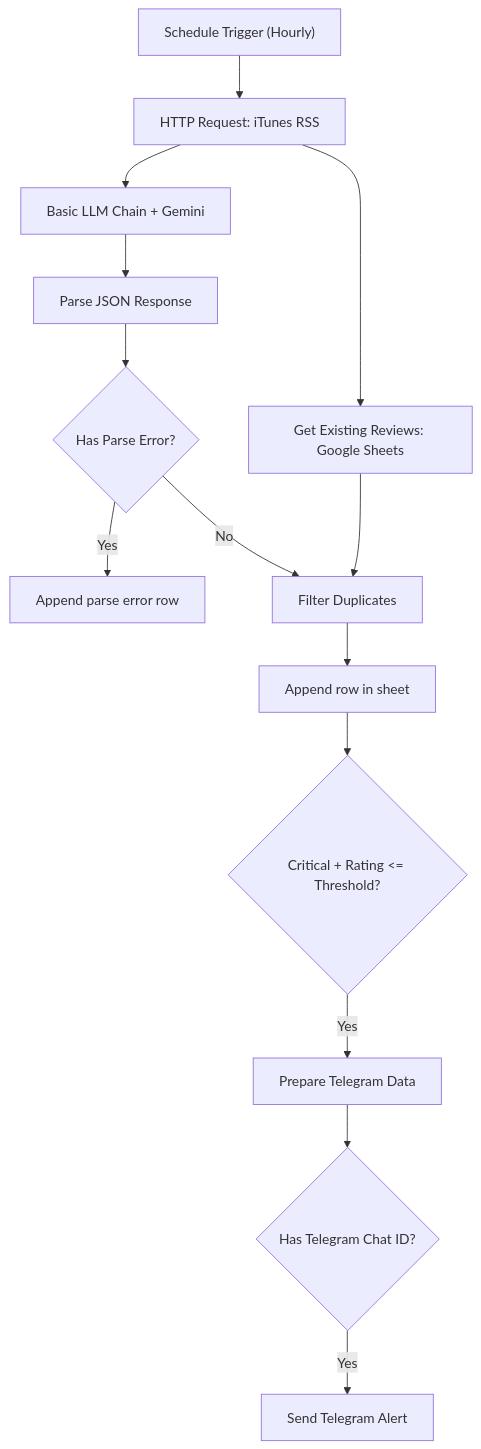
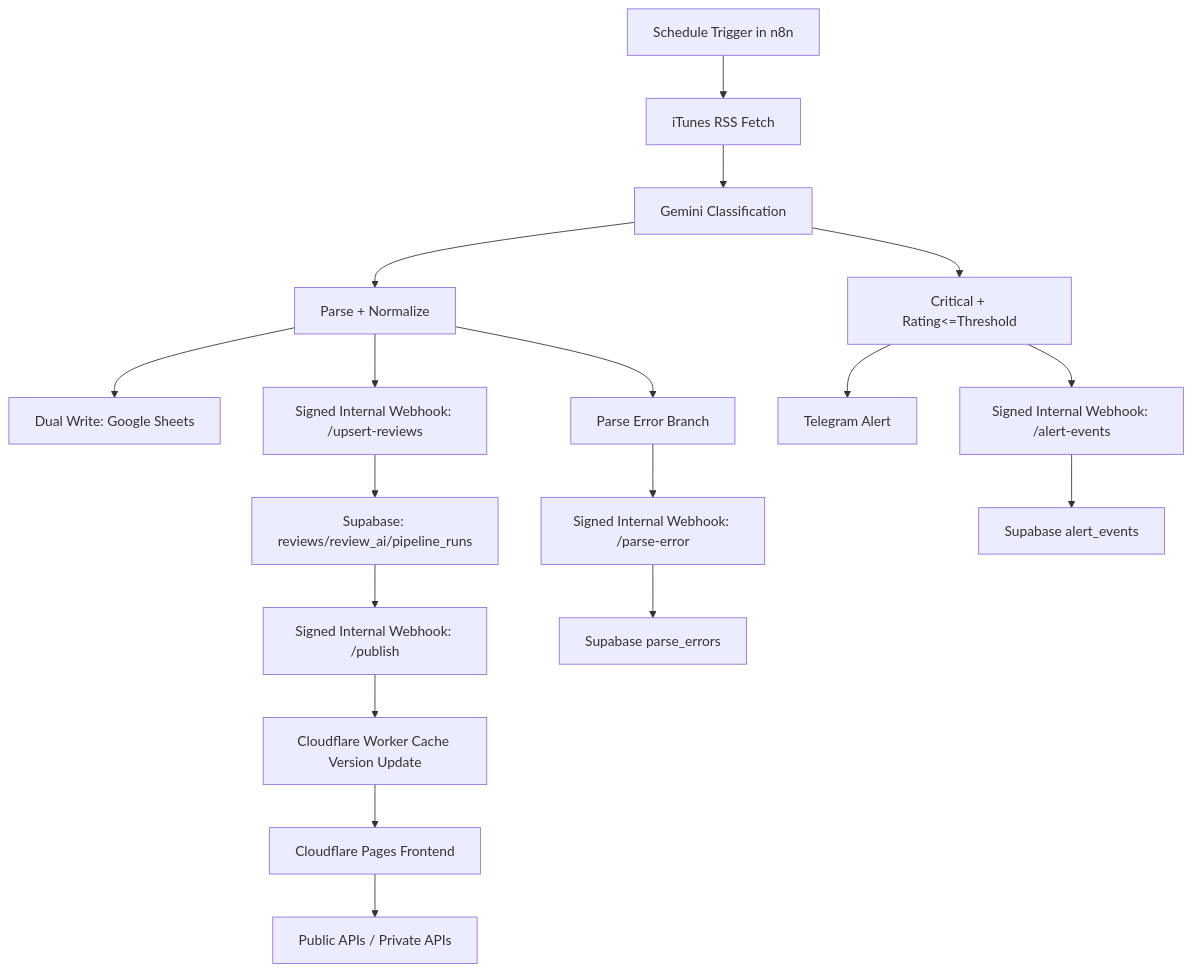
The diagram in README.md (jeonsavvy/VoC-Radar), drawn with Mermaid before and after one commit. The commit also changed other lines of this file and 38 other files, not shown here.

````diff
--- a/README.md
+++ b/README.md
@@ -12,16 +8,20 @@
 ```mermaid
 graph TD
-    A["Schedule Trigger (Hourly)"] --> B["HTTP Request: iTunes RSS"]
-    B --> C["Get Existing Reviews: Google Sheets"]
-    B --> D["Basic LLM Chain + Gemini"]
-    D --> E["Parse JSON Response"]
-    E --> F{"Has Parse Error?"}
-    F -->|"Yes"| G["Append parse error row"]
-    F -->|"No"| H["Filter Duplicates"]
-    C --> H
-    H --> I["Append row in sheet"]
-    I --> J{"Critical + Rating <= Threshold?"}
-    J -->|"Yes"| K["Prepare Telegram Data"]
-    K --> M{"Has Telegram Chat ID?"}
-    M -->|"Yes"| L["Send Telegram Alert"]
+    A[Schedule Trigger in n8n] --> B[iTunes RSS Fetch]
+    B --> C[Gemini Classification]
+    C --> D[Parse + Normalize]
+    D --> E[Dual Write: Google Sheets]
+    D --> F[Signed Internal Webhook: /upsert-reviews]
+    F --> G[Supabase: reviews/review_ai/pipeline_runs]
+    G --> H[Signed Internal Webhook: /publish]
+    H --> I[Cloudflare Worker Cache Version Update]
+    I --> J[Cloudflare Pages Frontend]
+    J --> K[Public APIs / Private APIs]
+    D --> L[Parse Error Branch]
+    L --> M[Signed Internal Webhook: /parse-error]
+    M --> N[Supabase parse_errors]
+    C --> O[Critical + Rating<=Threshold]
+    O --> P[Telegram Alert]
+    O --> Q[Signed Internal Webhook: /alert-events]
+    Q --> R[Supabase alert_events]
 ```
````
